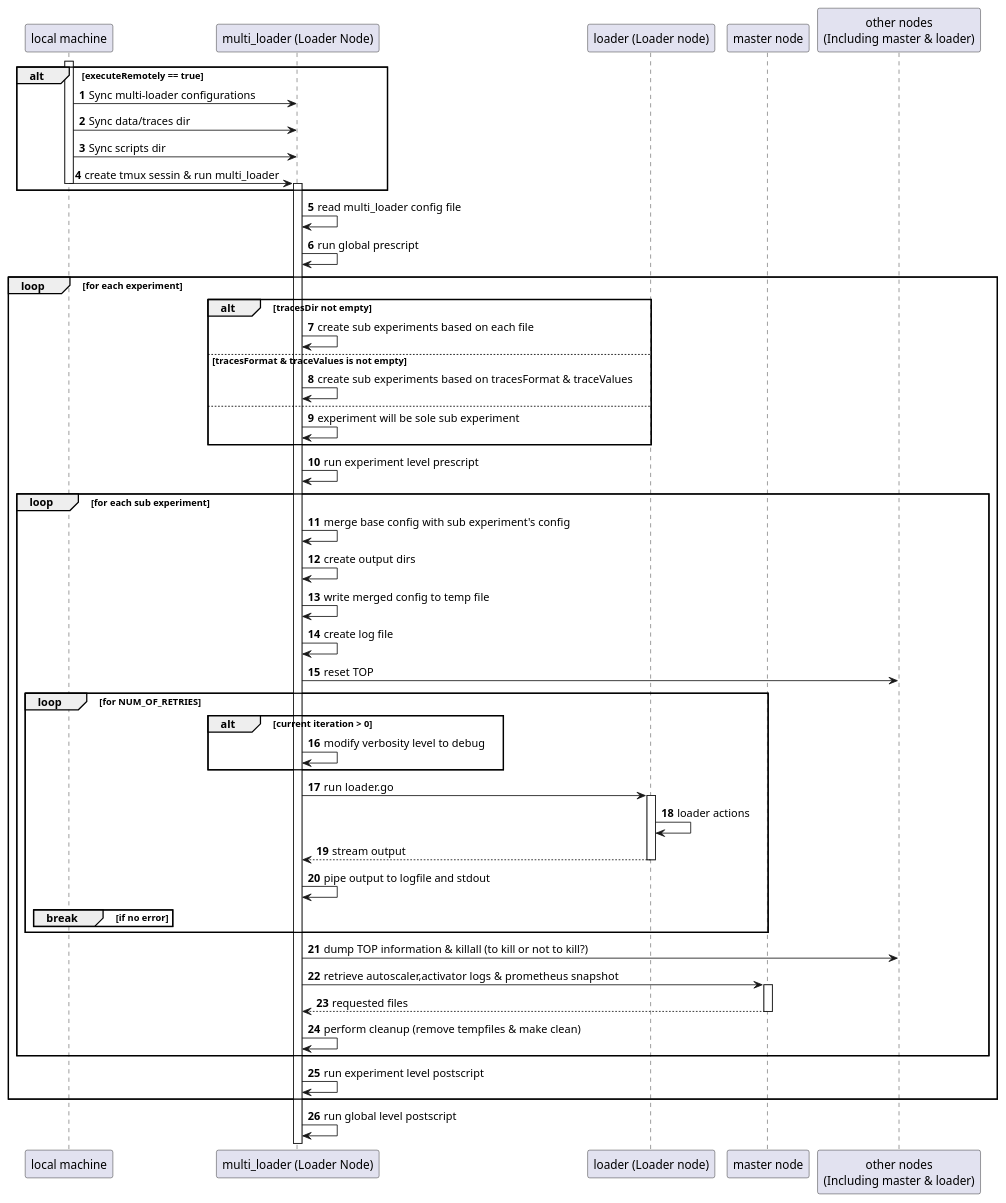
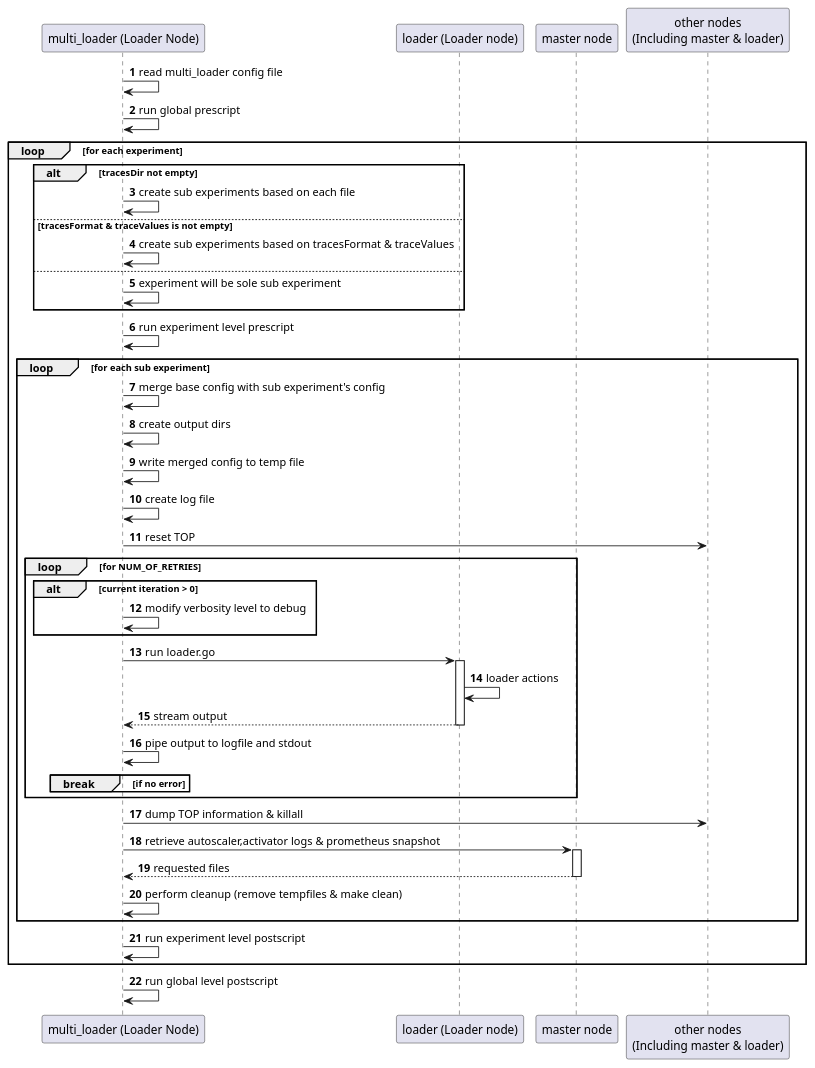
One commit to nosnelmil/invitro changed the diagram in cmd/multi_loader/multi_loader_sd.puml. Above: the diagram before and after it, drawn with PlantUML. The commit also changed 1 other file, not shown here.

Commit message:
update multi-loader docs

```diff
--- a/cmd/multi_loader/multi_loader_sd.puml
+++ b/cmd/multi_loader/multi_loader_sd.puml
@@ -1,55 +1,47 @@
 @startuml multi_loader_sd
 
-participant "local machine" as local
 participant "multi_loader (Loader Node)" as ml
 participant "loader (Loader node)" as l
 participant "master node" as mas
 participant "other nodes\n(Including master & loader)" as other
 
 autonumber
-alt executeRemotely == true
-  local ++
-  local -> ml: Sync multi-loader configurations
-  local -> ml: Sync data/traces dir
-  local -> ml: Sync scripts dir 
-  local -> ml --++: create tmux sessin & run multi_loader
-end
 ml -> ml: read multi_loader config file
 ml -> ml: run global prescript
 
 loop for each experiment
   alt tracesDir not empty
     ml->ml: create sub experiments based on each file
   else tracesFormat & traceValues is not empty
     ml->ml: create sub experiments based on tracesFormat & traceValues
   else
     ml->ml: experiment will be sole sub experiment
   end
   ml->ml: run experiment level prescript
   loop for each sub experiment
     ml->ml: merge base config with sub experiment's config
     ml->ml: create output dirs
     ml->ml: write merged config to temp file
     ml->ml: create log file
     ml->other: reset TOP
     loop for NUM_OF_RETRIES
       alt current iteration > 0
         ml->ml: modify verbosity level to debug
       end
       ml->l++: run loader.go
       l->l: loader actions
       return stream output
       ml->ml: pipe output to logfile and stdout     
       break if no error
       end
     end
-    ml->other: dump TOP information & killall (to kill or not to kill?)
+    ml->other: dump TOP information & killall
     ml->mas++: retrieve autoscaler,activator logs & prometheus snapshot
     return requested files
     ml->ml: perform cleanup (remove tempfiles & make clean)
   end
   ml->ml: run experiment level postscript
 end
 ml->ml: run global level postscript
 
 @enduml
```
